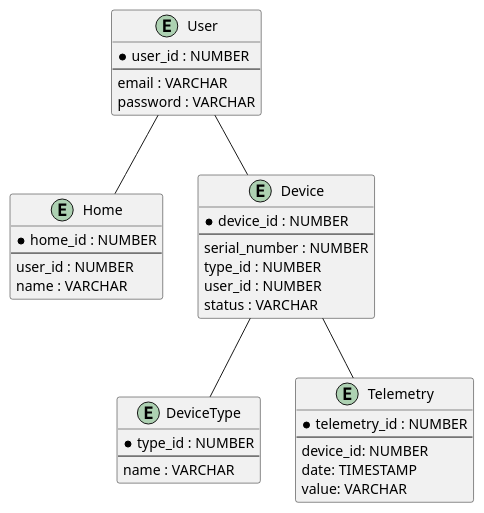
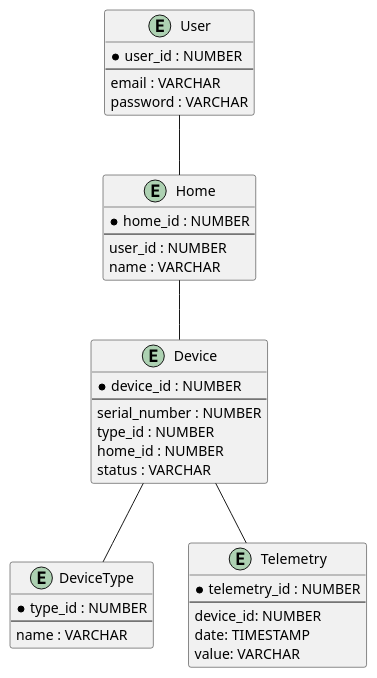
The diagram in diagrams/ER.puml (smirnov-alex-404/architecture-warmhouse), drawn with PlantUML before and after one commit.

Commit message:
HW - Sprint [01] - ER-diagram fixed

```diff
--- a/diagrams/ER.puml
+++ b/diagrams/ER.puml
@@ -1,46 +1,46 @@
 @startuml
 
 entity User {
   * user_id : NUMBER
   --
   email : VARCHAR
   password : VARCHAR
 }
 
 entity Home {
   * home_id : NUMBER
   --
   user_id : NUMBER
   name : VARCHAR
 }
 
 entity Device {
   * device_id : NUMBER
   --
   serial_number : NUMBER
   type_id : NUMBER
-  user_id : NUMBER
+  home_id : NUMBER
   status : VARCHAR
 }
 
 entity DeviceType {
   * type_id : NUMBER
   --
   name : VARCHAR
 }
 
 
 entity Telemetry {
   * telemetry_id : NUMBER
   --
   device_id: NUMBER
   date: TIMESTAMP
   value: VARCHAR
 }
 
-User -- Device
+Home -- Device
 User -- Home
 Device -- Telemetry
 Device -- DeviceType
 
 @enduml
```
